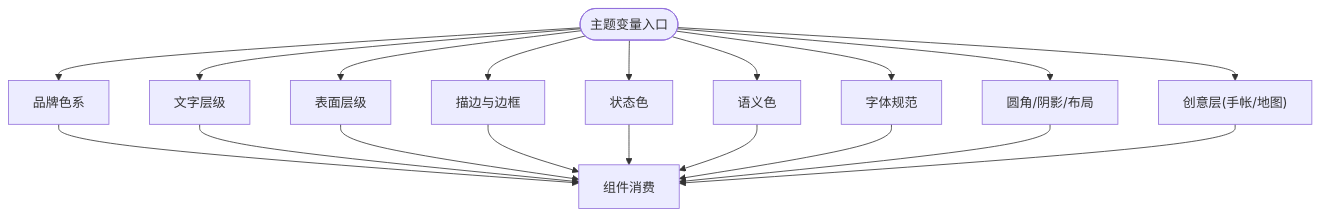
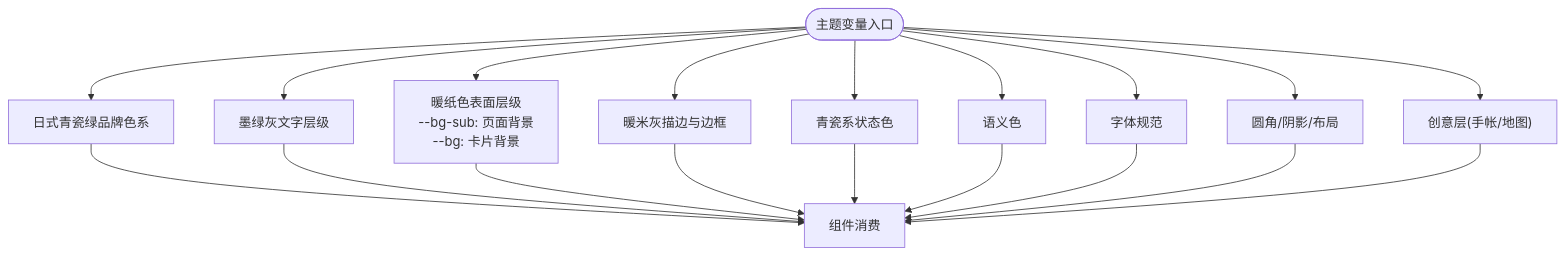
One commit to huangyilu/wanwuyishi changed the third of 6 diagrams in .qoder/repowiki/zh/content/用户界面组件/主题系统.md. Above: the diagram before and after it, drawn with Mermaid. The commit also changed other lines of this file and 108 other files, not shown here.

````diff
--- a/.qoder/repowiki/zh/content/用户界面组件/主题系统.md
+++ b/.qoder/repowiki/zh/content/用户界面组件/主题系统.md
@@ -136,21 +155,21 @@
 ```mermaid
 flowchart TD
-Start(["主题变量入口"]) --> Brand["品牌色系"]
-Start --> Text["文字层级"]
-Start --> Surface["表面层级"]
-Start --> Stroke["描边与边框"]
-Start --> Status["状态色"]
+Start(["主题变量入口"]) --> Brand["日式青瓷绿品牌色系"]
+Start --> Text["墨绿灰文字层级"]
+Start --> Surface["暖纸色表面层级<br/>--bg-sub: 页面背景<br/>--bg: 卡片背景"]
+Start --> Stroke["暖米灰描边与边框"]
+Start --> Status["青瓷系状态色"]
 Start --> Semantics["语义色"]
 Start --> Fonts["字体规范"]
 Start --> Geometry["圆角/阴影/布局"]
 Start --> Creative["创意层(手帐/地图)"]
 Brand --> Usage["组件消费"]
 Text --> Usage
 Surface --> Usage
 Stroke --> Usage
 Status --> Usage
 Semantics --> Usage
 Fonts --> Usage
 Geometry --> Usage
 Creative --> Usage
 ```
````
